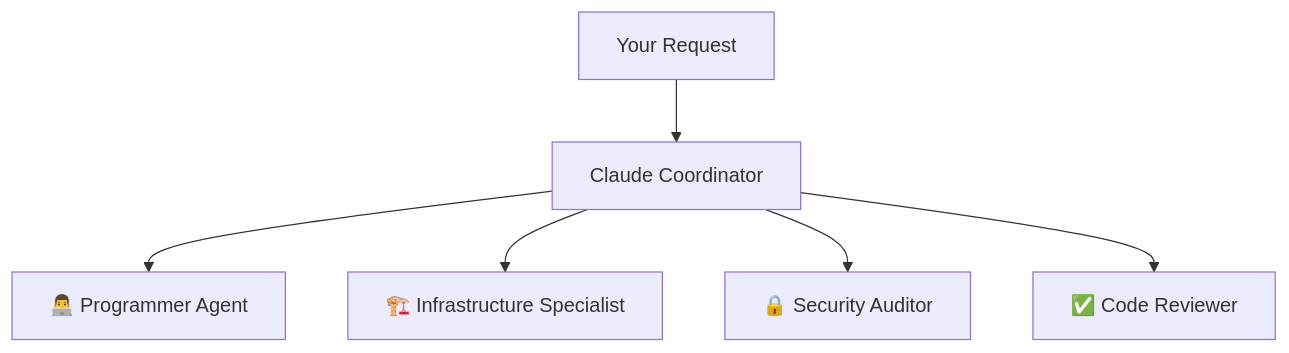
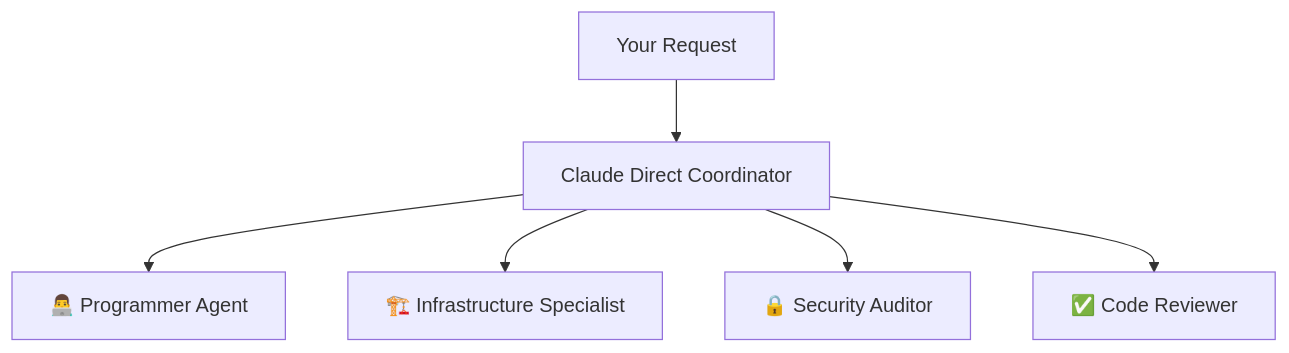
The diagram in blog_post_subagents.md (robertmnyborg/claude-oak-agents), drawn with Mermaid before and after one commit. The commit also changed other lines of this file and 18 other files, not shown here.

````diff
--- a/blog_post_subagents.md
+++ b/blog_post_subagents.md
@@ -17,8 +17,8 @@
 ```mermaid
 graph TD
-    User[Your Request] --> MainLLM[Claude Coordinator]
+    User[Your Request] --> MainLLM[Claude Direct Coordinator]
     MainLLM --> Programmer[👨‍💻 Programmer Agent]
     MainLLM --> Infrastructure[🏗️ Infrastructure Specialist]
     MainLLM --> Security[🔒 Security Auditor]
     MainLLM --> Reviewer[✅ Code Reviewer]
 ```
````
